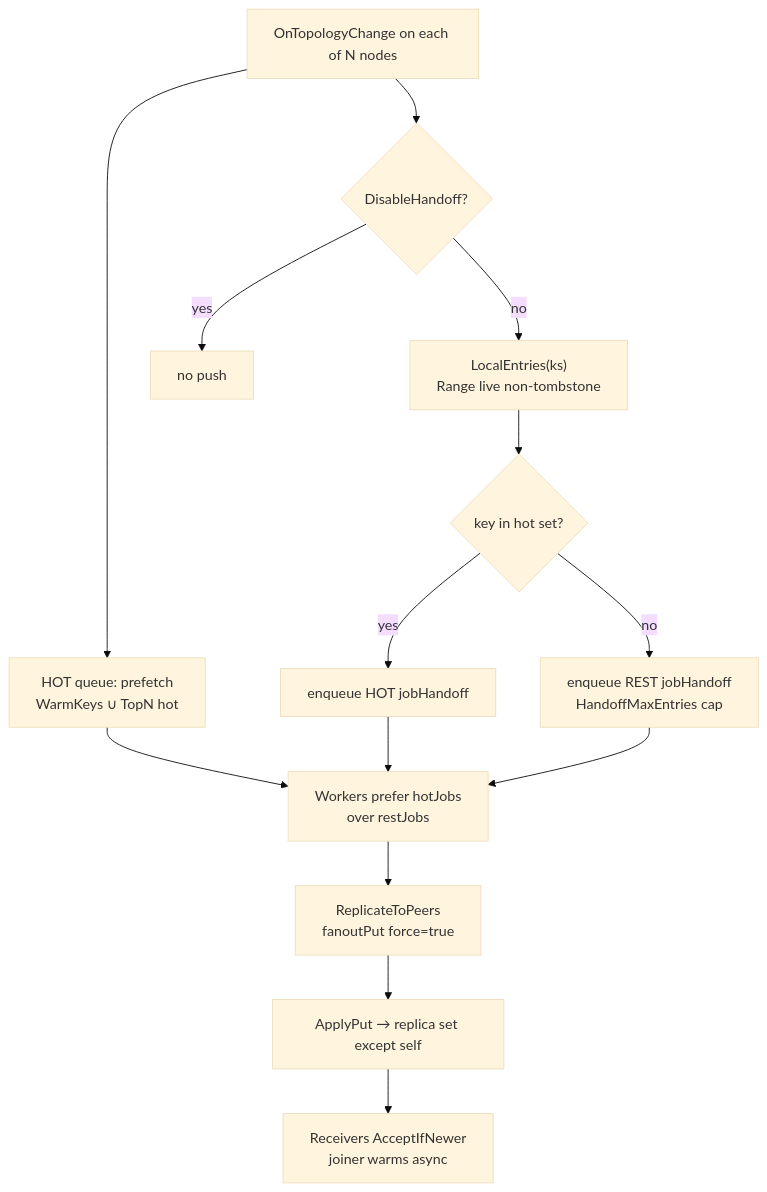
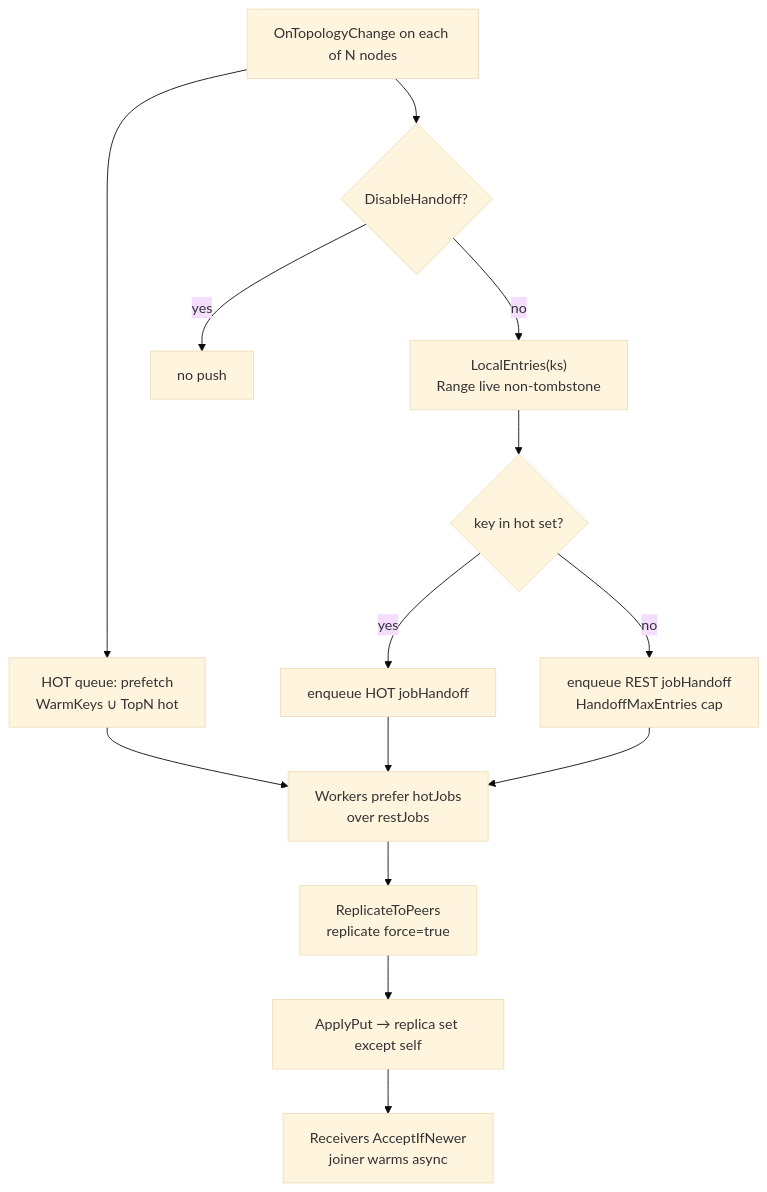
One commit to Code0987/supercache changed diagram 11 of 18 in docs/CLUSTER_FLOWS.md. Above: the diagram before and after it, drawn with Mermaid (base theme). The commit also changed 8 other files, not shown here.

````diff
--- a/docs/CLUSTER_FLOWS.md
+++ b/docs/CLUSTER_FLOWS.md
@@ -242,20 +242,20 @@
 ```mermaid
 flowchart TD
   T["OnTopologyChange on each of N nodes"] --> P1["HOT queue: prefetch<br/>WarmKeys ∪ TopN hot"]
   T --> DH{"DisableHandoff?"}
 
   DH -->|yes| SKIP["no push"]
   DH -->|no| LE["LocalEntries(ks)<br/>Range live non-tombstone"]
 
   LE --> SPLIT{"key in hot set?"}
   SPLIT -->|yes| HOT["enqueue HOT jobHandoff"]
   SPLIT -->|no| REST["enqueue REST jobHandoff<br/>HandoffMaxEntries cap"]
 
   P1 --> W["Workers prefer hotJobs<br/>over restJobs"]
   HOT --> W
   REST --> W
 
-  W --> REP["ReplicateToPeers<br/>fanoutPut force=true"]
+  W --> REP["ReplicateToPeers<br/>replicate force=true"]
   REP --> AP["ApplyPut → replica set except self"]
   AP --> J["Receivers AcceptIfNewer<br/>joiner warms async"]
 ```
````
